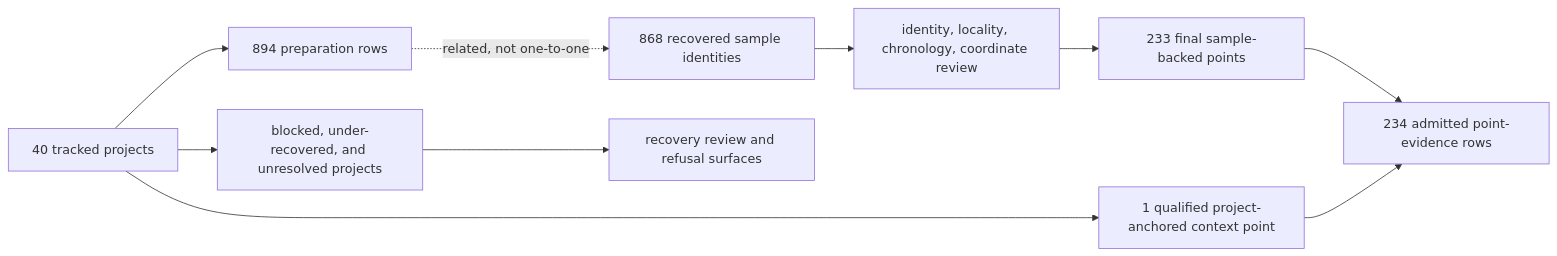
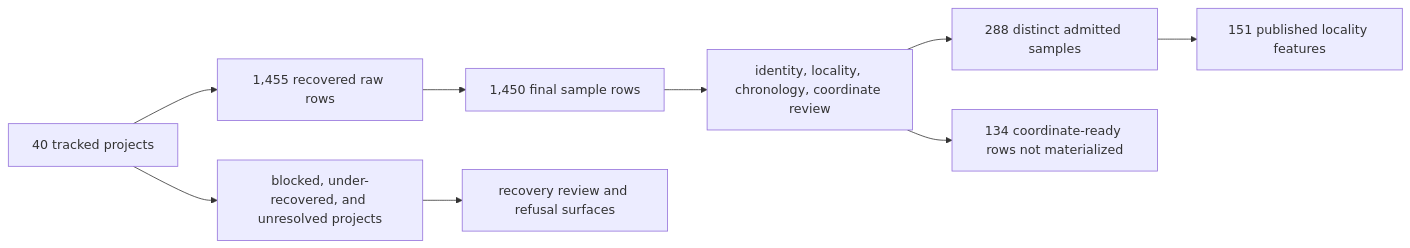
Before and after one commit to bijux/bijux-pollenomics: the third of 4 diagrams in docs/public/pollenomics-data/overview/animal-ancient-dna-evidence.md, drawn with Mermaid. The commit also changed other lines of this file and 26 other files, not shown here.

````diff
--- a/docs/public/pollenomics-data/overview/animal-ancient-dna-evidence.md
+++ b/docs/public/pollenomics-data/overview/animal-ancient-dna-evidence.md
@@ -132,12 +130,11 @@
 ```mermaid
 flowchart LR
-    Inventory["40 tracked projects"] --> Foundation["894 preparation rows"]
-    Foundation -. "related, not one-to-one" .-> Recovery["868 recovered sample identities"]
-    Recovery --> Review["identity, locality, chronology, coordinate review"]
-    Review --> Samples["233 final sample-backed points"]
-    Inventory --> Context["1 qualified project-anchored context point"]
-    Samples --> Points["234 admitted point-evidence rows"]
-    Context --> Points
+    Inventory["40 tracked projects"] --> Recovery["1,455 recovered raw rows"]
+    Recovery --> Foundation["1,450 final sample rows"]
+    Foundation --> Review["identity, locality, chronology, coordinate review"]
+    Review --> Samples["288 distinct admitted samples"]
+    Samples --> Points["151 published locality features"]
+    Review --> Excluded["134 coordinate-ready rows not materialized"]
     Inventory --> Gaps["blocked, under-recovered, and unresolved projects"]
     Gaps --> Accountability["recovery review and refusal surfaces"]
 ```
````
